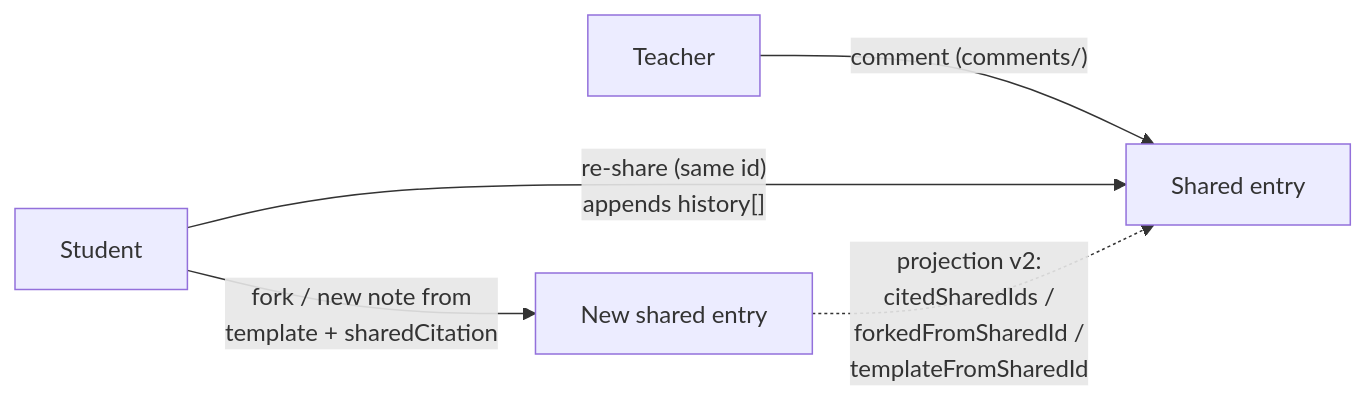
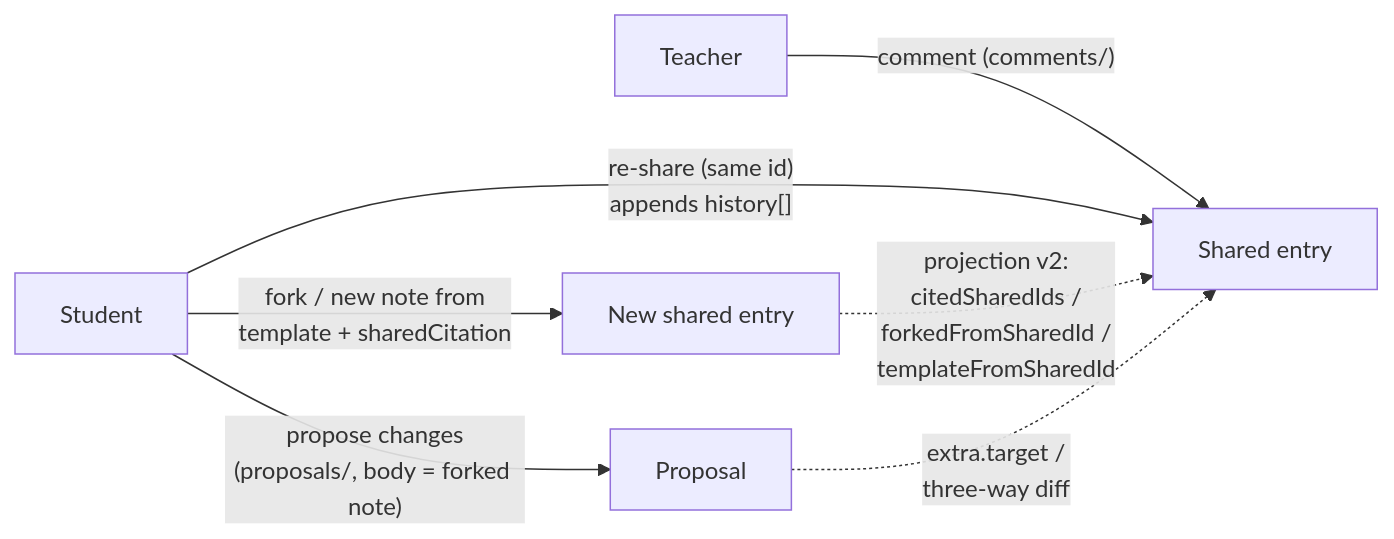
The fourth of 4 diagrams in docs/ARCHITECTURE.md (kumagallium/Graphium), drawn with Mermaid before and after one commit. The commit also changed other lines of this file and 48 other files, not shown here.

Commit message:
[feat] Propose changes to a shared note and review the three-way diff in the library

````diff
--- a/docs/ARCHITECTURE.md
+++ b/docs/ARCHITECTURE.md
@@ -1404,7 +1408,9 @@
 ```mermaid
 flowchart LR
     T["Teacher"] -->|"comment (comments/)"| S["Shared entry"]
     U["Student"] -->|"re-share (same id)<br/>appends history[]"| S
     U -->|"fork / new note from<br/>template + sharedCitation"| N["New shared entry"]
     N -.->|"projection v2:<br/>citedSharedIds /<br/>forkedFromSharedId /<br/>templateFromSharedId"| S
+    U -->|"propose changes<br/>(proposals/, body = forked note)"| P["Proposal"]
+    P -.->|"extra.target /<br/>three-way diff"| S
 ```
````
